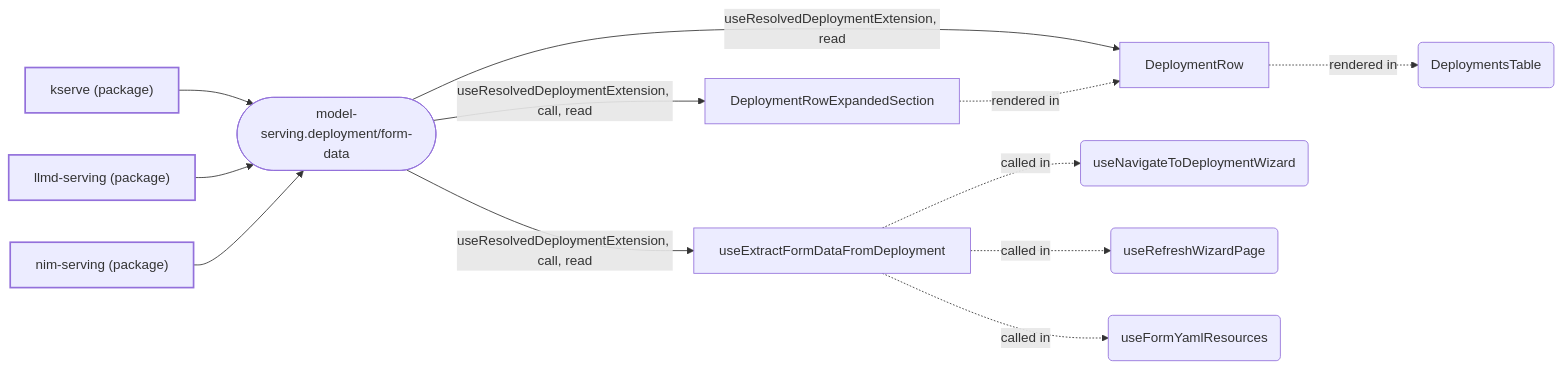
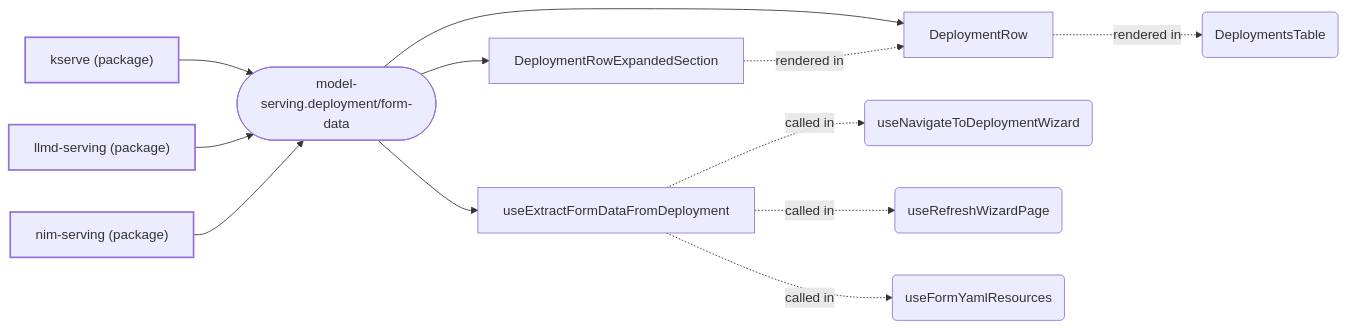
One commit to mturley/odh-dashboard changed the fourth of 19 diagrams in packages/model-serving/docs/extensions.md. Above: the diagram before and after it, drawn with Mermaid. The commit also changed other lines of this file and 28 other files, not shown here.

````diff
--- a/packages/model-serving/docs/extensions.md
+++ b/packages/model-serving/docs/extensions.md
@@ -262,27 +378,27 @@
 ```mermaid
 flowchart LR
   classDef pkg stroke-width:2px
   classDef point stroke-width:1px
   n_pkg__odh_dashboard_kserve_5ec96a["kserve (package)"]:::pkg
   n_pkg__odh_dashboard_llmd_serving_3e146e["llmd-serving (package)"]:::pkg
   n_pkg__odh_dashboard_nim_serving_241793["nim-serving (package)"]:::pkg
   n_model_serving_deployment_form_data_a37ab2(["model-serving.deployment/form-data"]):::point
   n_pkg__odh_dashboard_kserve_5ec96a --> n_model_serving_deployment_form_data_a37ab2
   n_pkg__odh_dashboard_llmd_serving_3e146e --> n_model_serving_deployment_form_data_a37ab2
   n_pkg__odh_dashboard_nim_serving_241793 --> n_model_serving_deployment_form_data_a37ab2
+  n_symbol_packages_model_serving_src_components_deployments_row_DeploymentsTableRow_tsx_DeploymentRow_4a6253["DeploymentRow"]
+  n_model_serving_deployment_form_data_a37ab2 --> n_symbol_packages_model_serving_src_components_deployments_row_DeploymentsTableRow_tsx_DeploymentRow_4a6253
+  n_symbol_packages_model_serving_src_components_deployments_row_DeploymentsTableRowExpandedSection_tsx_DeploymentRowExpandedSection_4c2ced["DeploymentRowExpandedSection"]
+  n_model_serving_deployment_form_data_a37ab2 --> n_symbol_packages_model_serving_src_components_deployments_row_DeploymentsTableRowExpandedSection_tsx_DeploymentRowExpandedSection_4c2ced
   n_symbol_packages_model_serving_src_components_deploymentWizard_useExtractFormDataFromDeployment_ts_useExtractFormDataFromDeployment_701711["useExtractFormDataFromDeployment"]
-  n_model_serving_deployment_form_data_a37ab2 -- "useResolvedDeploymentExtension, call, read" --> n_symbol_packages_model_serving_src_components_deploymentWizard_useExtractFormDataFromDeployment_ts_useExtractFormDataFromDeployment_701711
-  n_symbol_packages_model_serving_src_components_deployments_row_DeploymentsTableRow_tsx_DeploymentRow_4a6253["DeploymentRow"]
-  n_model_serving_deployment_form_data_a37ab2 -- "useResolvedDeploymentExtension, read" --> n_symbol_packages_model_serving_src_components_deployments_row_DeploymentsTableRow_tsx_DeploymentRow_4a6253
-  n_symbol_packages_model_serving_src_components_deployments_row_DeploymentsTableRowExpandedSection_tsx_DeploymentRowExpandedSection_4c2ced["DeploymentRowExpandedSection"]
-  n_model_serving_deployment_form_data_a37ab2 -- "useResolvedDeploymentExtension, call, read" --> n_symbol_packages_model_serving_src_components_deployments_row_DeploymentsTableRowExpandedSection_tsx_DeploymentRowExpandedSection_4c2ced
+  n_model_serving_deployment_form_data_a37ab2 --> n_symbol_packages_model_serving_src_components_deploymentWizard_useExtractFormDataFromDeployment_ts_useExtractFormDataFromDeployment_701711
+  n_symbol_packages_model_serving_src_components_deployments_DeploymentsTable_tsx_DeploymentsTable_e63685("DeploymentsTable")
   n_symbol_packages_model_serving_src_components_deploymentWizard_useNavigateToDeploymentWizard_ts_useNavigateToDeploymentWizard_f85877("useNavigateToDeploymentWizard")
   n_symbol_packages_model_serving_src_components_deploymentWizard_useRefreshWizardPage_ts_useRefreshWizardPage_ad7255("useRefreshWizardPage")
   n_symbol_packages_model_serving_src_components_deploymentWizard_yaml_useYamlResourcesResult_tsx_useFormYamlResources_29148c("useFormYamlResources")
-  n_symbol_packages_model_serving_src_components_deployments_DeploymentsTable_tsx_DeploymentsTable_e63685("DeploymentsTable")
+  n_symbol_packages_model_serving_src_components_deployments_row_DeploymentsTableRow_tsx_DeploymentRow_4a6253 -. "rendered in" .-> n_symbol_packages_model_serving_src_components_deployments_DeploymentsTable_tsx_DeploymentsTable_e63685
+  n_symbol_packages_model_serving_src_components_deployments_row_DeploymentsTableRowExpandedSection_tsx_DeploymentRowExpandedSection_4c2ced -. "rendered in" .-> n_symbol_packages_model_serving_src_components_deployments_row_DeploymentsTableRow_tsx_DeploymentRow_4a6253
   n_symbol_packages_model_serving_src_components_deploymentWizard_useExtractFormDataFromDeployment_ts_useExtractFormDataFromDeployment_701711 -. "called in" .-> n_symbol_packages_model_serving_src_components_deploymentWizard_useNavigateToDeploymentWizard_ts_useNavigateToDeploymentWizard_f85877
   n_symbol_packages_model_serving_src_components_deploymentWizard_useExtractFormDataFromDeployment_ts_useExtractFormDataFromDeployment_701711 -. "called in" .-> n_symbol_packages_model_serving_src_components_deploymentWizard_useRefreshWizardPage_ts_useRefreshWizardPage_ad7255
   n_symbol_packages_model_serving_src_components_deploymentWizard_useExtractFormDataFromDeployment_ts_useExtractFormDataFromDeployment_701711 -. "called in" .-> n_symbol_packages_model_serving_src_components_deploymentWizard_yaml_useYamlResourcesResult_tsx_useFormYamlResources_29148c
-  n_symbol_packages_model_serving_src_components_deployments_row_DeploymentsTableRow_tsx_DeploymentRow_4a6253 -. "rendered in" .-> n_symbol_packages_model_serving_src_components_deployments_DeploymentsTable_tsx_DeploymentsTable_e63685
-  n_symbol_packages_model_serving_src_components_deployments_row_DeploymentsTableRowExpandedSection_tsx_DeploymentRowExpandedSection_4c2ced -. "rendered in" .-> n_symbol_packages_model_serving_src_components_deployments_row_DeploymentsTableRow_tsx_DeploymentRow_4a6253
 ```
````
